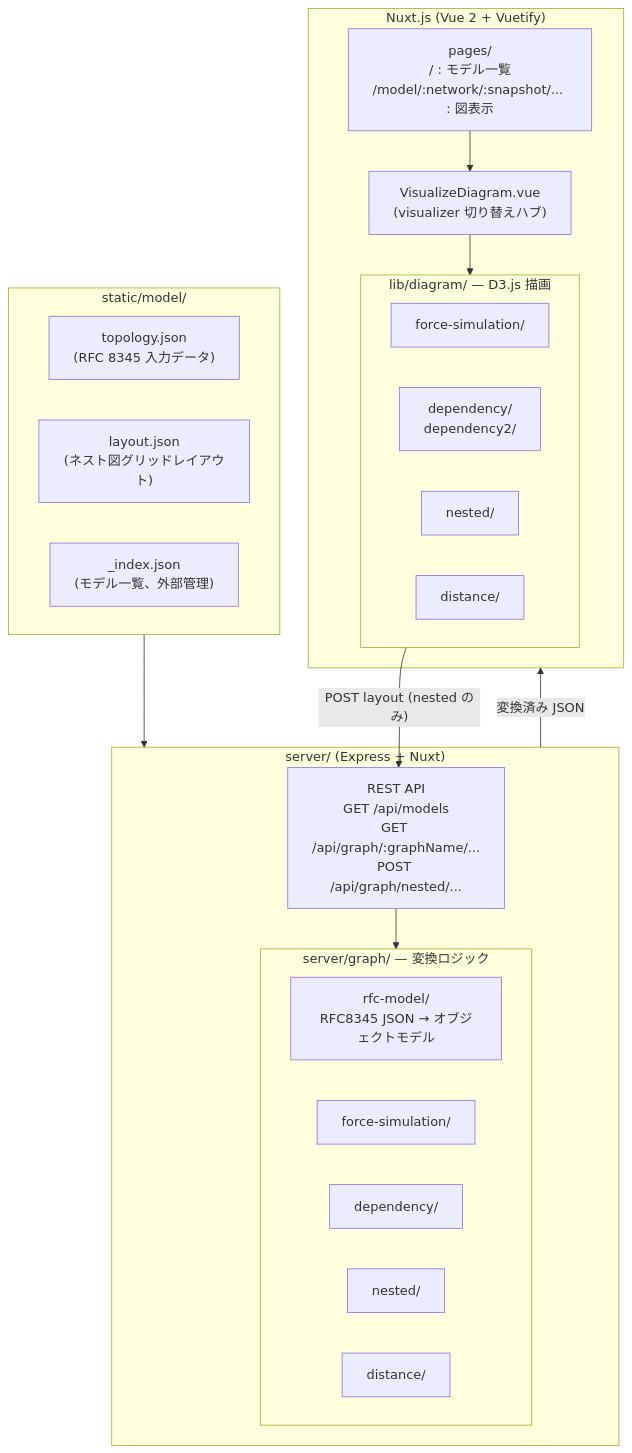
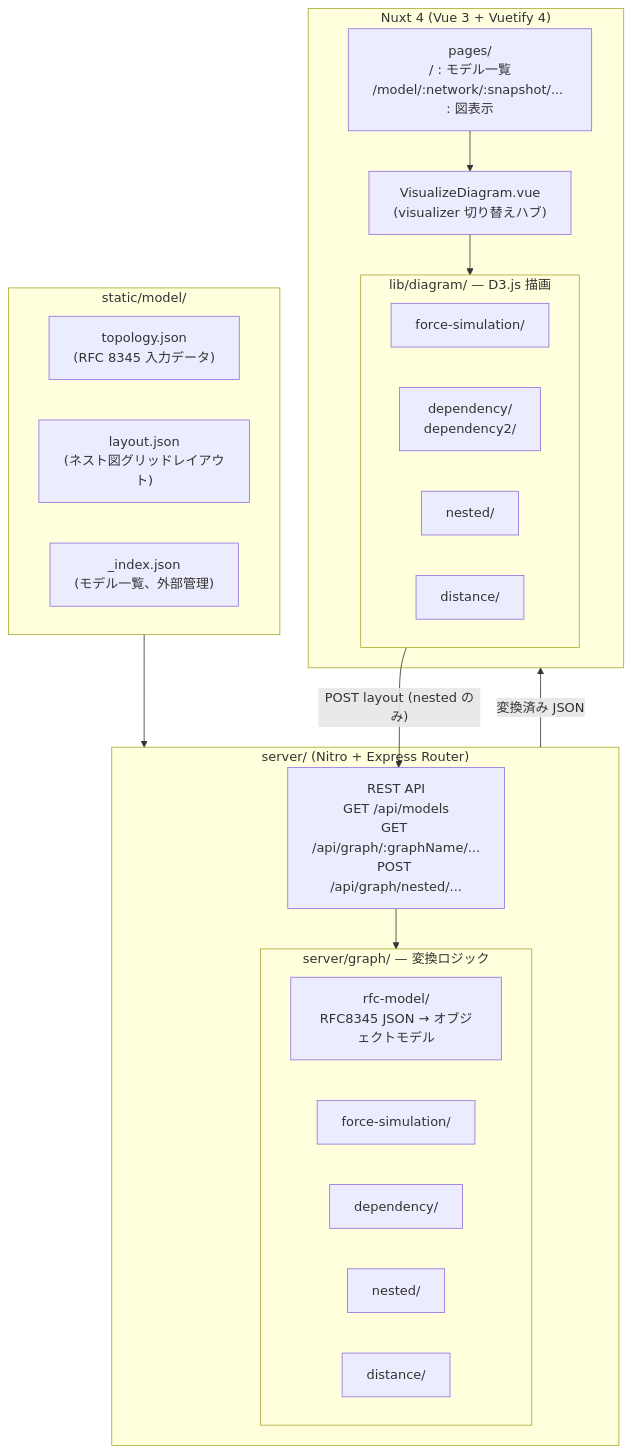
One commit to ool-mddo/netoviz changed the diagram in docs/architecture.md. Above: the diagram before and after it, drawn with Mermaid. The commit also changed other lines of this file and 51 other files, not shown here.

````diff
--- a/docs/architecture.md
+++ b/docs/architecture.md
@@ -14,36 +14,36 @@
 ```mermaid
 flowchart TD
     subgraph Static["static/model/"]
         JSON["topology.json\n(RFC 8345 入力データ)"]
         Layout["layout.json\n(ネスト図グリッドレイアウト)"]
         Index["_index.json\n(モデル一覧、外部管理)"]
     end
 
-    subgraph Server["server/ (Express + Nuxt)"]
+    subgraph Server["server/ (Nitro + Express Router)"]
         API["REST API\nGET /api/models\nGET /api/graph/:graphName/...\nPOST /api/graph/nested/..."]
         subgraph Converters["server/graph/ — 変換ロジック"]
             RFC["rfc-model/\nRFC8345 JSON → オブジェクトモデル"]
             FS["force-simulation/"]
             Dep["dependency/"]
             Nested["nested/"]
             Dist["distance/"]
         end
         API --> Converters
     end
 
-    subgraph Frontend["Nuxt.js (Vue 2 + Vuetify)"]
+    subgraph Frontend["Nuxt 4 (Vue 3 + Vuetify 4)"]
         Pages["pages/\n/ : モデル一覧\n/model/:network/:snapshot/... : 図表示"]
         VizComp["VisualizeDiagram.vue\n(visualizer 切り替えハブ)"]
         subgraph D3Libs["lib/diagram/ — D3.js 描画"]
             D3FS["force-simulation/"]
             D3Dep["dependency/\ndependency2/"]
             D3Nested["nested/"]
             D3Dist["distance/"]
         end
         Pages --> VizComp --> D3Libs
     end
 
     Static --> Server
     Server -- "変換済み JSON" --> Frontend
     D3Libs -- "POST layout (nested のみ)" --> API
 ```
````
